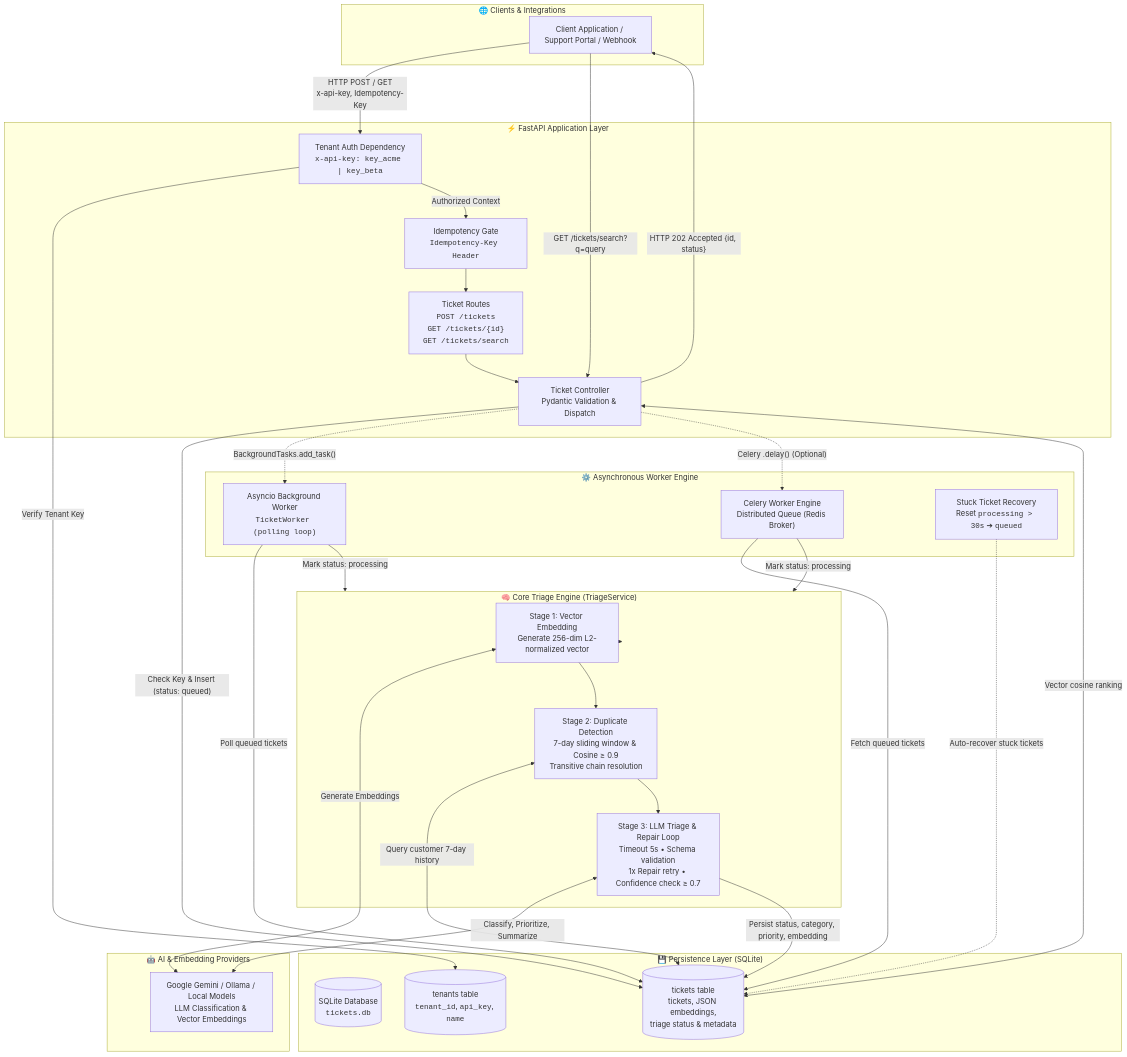
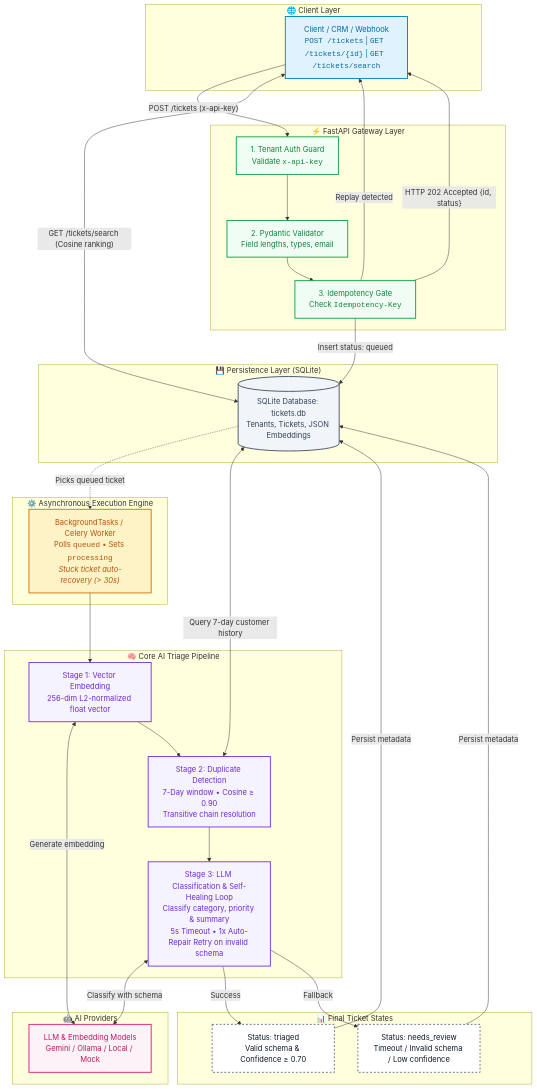
One commit to meet-0107/AI_Support-Ticket_Triage changed the diagram in README.md. Above: the diagram before and after it, drawn with Mermaid. The commit also changed other lines of this file, not shown here.

Commit message:
docs: streamline architecture diagram into single clean overview

````diff
--- a/README.md
+++ b/README.md
@@ -102,66 +32,67 @@
 ```mermaid
-flowchart TB
-    subgraph Clients["🌐 Clients & Integrations"]
-        Client["Client Application / Support Portal / Webhook"]
+flowchart TD
+    %% Styling
+    classDef client fill:#e0f2fe,stroke:#0284c7,stroke-width:2px,color:#0369a1;
+    classDef api fill:#f0fdf4,stroke:#16a34a,stroke-width:2px,color:#15803d;
+    classDef worker fill:#fef3c7,stroke:#d97706,stroke-width:2px,color:#b45309;
+    classDef pipeline fill:#f5f3ff,stroke:#7c3aed,stroke-width:2px,color:#6d28d9;
+    classDef storage fill:#f1f5f9,stroke:#475569,stroke-width:2px,color:#334155;
+    classDef provider fill:#fdf2f8,stroke:#db2777,stroke-width:2px,color:#be185d;
+    classDef state fill:#ffffff,stroke:#64748b,stroke-width:2px,stroke-dasharray: 4 4,color:#0f172a;
+
+    subgraph ClientLayer["🌐 Client Layer"]
+        Client["Client / CRM / Webhook<br/><code>POST /tickets</code> | <code>GET /tickets/{id}</code> | <code>GET /tickets/search</code>"]:::client
     end
 
-    subgraph APIGateway["⚡ FastAPI Application Layer"]
-        AuthMiddleware["Tenant Auth Dependency<br/><code>x-api-key: key_acme | key_beta</code>"]
-        IdempMiddleware["Idempotency Gate<br/><code>Idempotency-Key Header</code>"]
-        TicketRouter["Ticket Routes<br/><code>POST /tickets</code><br/><code>GET /tickets/{id}</code><br/><code>GET /tickets/search</code>"]
-        Controller["Ticket Controller<br/>Pydantic Validation & Dispatch"]
+    subgraph APILayer["⚡ FastAPI Gateway Layer"]
+        Auth["1. Tenant Auth Guard<br/>Validate <code>x-api-key</code>"]:::api
+        Validator["2. Pydantic Validator<br/>Field lengths, types, email"]:::api
+        Idemp["3. Idempotency Gate<br/>Check <code>Idempotency-Key</code>"]:::api
     end
 
-    subgraph DataStorage["💾 Persistence Layer (SQLite)"]
-        SQLiteDB[("SQLite Database<br/><code>tickets.db</code>")]
-        TenantsTable[("tenants table<br/><code>tenant_id</code>, <code>api_key</code>, <code>name</code>")]
-        TicketsTable[("tickets table<br/>tickets, JSON embeddings,<br/>triage status & metadata")]
+    subgraph DBLayer["💾 Persistence Layer (SQLite)"]
+        DB[("SQLite Database: tickets.db<br/>Tenants, Tickets, JSON Embeddings")]:::storage
     end
 
-    subgraph AsyncExecution["⚙️ Asynchronous Worker Engine"]
-        InProcessWorker["Asyncio Background Worker<br/><code>TicketWorker (polling loop)</code>"]
-        CeleryWorker["Celery Worker Engine<br/>Distributed Queue (Redis Broker)"]
-        CrashRecovery["Stuck Ticket Recovery<br/>Reset <code>processing > 30s</code> ➔ <code>queued</code>"]
+    subgraph WorkerLayer["⚙️ Asynchronous Execution Engine"]
+        Worker["BackgroundTasks / Celery Worker<br/>Polls <code>queued</code> &bull; Sets <code>processing</code><br/><i>Stuck ticket auto-recovery (> 30s)</i>"]:::worker
     end
 
-    subgraph Pipeline["🧠 Core Triage Engine (TriageService)"]
-        EmbedStep["Stage 1: Vector Embedding<br/>Generate 256-dim L2-normalized vector"]
-        DuplicateStep["Stage 2: Duplicate Detection<br/>7-day sliding window & Cosine &ge; 0.9<br/>Transitive chain resolution"]
-        LLMStep["Stage 3: LLM Triage & Repair Loop<br/>Timeout 5s &bull; Schema validation<br/>1x Repair retry &bull; Confidence check &ge; 0.7"]
+    subgraph PipelineLayer["🧠 Core AI Triage Pipeline"]
+        Embed["Stage 1: Vector Embedding<br/>256-dim L2-normalized float vector"]:::pipeline
+        Dup["Stage 2: Duplicate Detection<br/>7-Day window &bull; Cosine &ge; 0.90<br/>Transitive chain resolution"]:::pipeline
+        LLM["Stage 3: LLM Classification & Self-Healing Loop<br/>Classify category, priority & summary<br/>5s Timeout &bull; 1x Auto-Repair Retry on invalid schema"]:::pipeline
     end
 
-    subgraph ExternalAI["🤖 AI & Embedding Providers"]
-        AIProviders["Google Gemini / Ollama / Local Models<br/>LLM Classification & Vector Embeddings"]
+    subgraph ModelLayer["🤖 AI Providers"]
+        Models["LLM & Embedding Models<br/>Gemini / Ollama / Local / Mock"]:::provider
     end
 
-    %% Connections
-    Client -->|"HTTP POST / GET<br/>x-api-key, Idempotency-Key"| AuthMiddleware
-    AuthMiddleware -->|"Verify Tenant Key"| TenantsTable
-    AuthMiddleware -->|"Authorized Context"| IdempMiddleware
-    IdempMiddleware --> TicketRouter
-    TicketRouter --> Controller
+    subgraph Outcomes["📊 Final Ticket States"]
+        Triaged["Status: triaged<br/>Valid schema & Confidence &ge; 0.70"]:::state
+        Review["Status: needs_review<br/>Timeout / Invalid schema / Low confidence"]:::state
+    end
 
-    Controller -->|"Check Key & Insert (status: queued)"| TicketsTable
-    Controller -->|"HTTP 202 Accepted {id, status}"| Client
+    %% Flows
+    Client -->|"POST /tickets (x-api-key)"| Auth
+    Auth --> Validator
+    Validator --> Idemp
+    Idemp -->|"Replay detected"| Client
+    Idemp -->|"Insert status: queued"| DB
+    Idemp -->|"HTTP 202 Accepted {id, status}"| Client
 
-    Controller -.->|"BackgroundTasks.add_task()"| InProcessWorker
-    Controller -.->|"Celery .delay() (Optional)"| CeleryWorker
+    DB -.->|"Picks queued ticket"| Worker
+    Worker --> Embed
+    Embed <-->|"Generate embedding"| Models
+    Embed --> Dup
+    Dup <-->|"Query 7-day customer history"| DB
+    Dup --> LLM
+    LLM <-->|"Classify with schema"| Models
 
-    InProcessWorker -->|"Poll queued tickets"| TicketsTable
-    CeleryWorker -->|"Fetch queued tickets"| TicketsTable
-    CrashRecovery -.->|"Auto-recover stuck tickets"| TicketsTable
+    LLM -->|"Success"| Triaged
+    LLM -->|"Fallback"| Review
+    Triaged -->|"Persist metadata"| DB
+    Review -->|"Persist metadata"| DB
 
-    InProcessWorker -->|"Mark status: processing"| Pipeline
-    CeleryWorker -->|"Mark status: processing"| Pipeline
-
-    Pipeline --> EmbedStep
-    EmbedStep <-->|"Generate Embeddings"| AIProviders
-    EmbedStep --> DuplicateStep
-    DuplicateStep <-->|"Query customer 7-day history"| TicketsTable
-    DuplicateStep --> LLMStep
-    LLMStep <-->|"Classify, Prioritize, Summarize"| AIProviders
-    LLMStep -->|"Persist status, category, priority, embedding"| TicketsTable
-
-    Client -->|"GET /tickets/search?q=query"| Controller
-    Controller <-->|"Vector cosine ranking"| TicketsTable
+    Client <-->|"GET /tickets/search (Cosine ranking)"| DB
 ```
````
